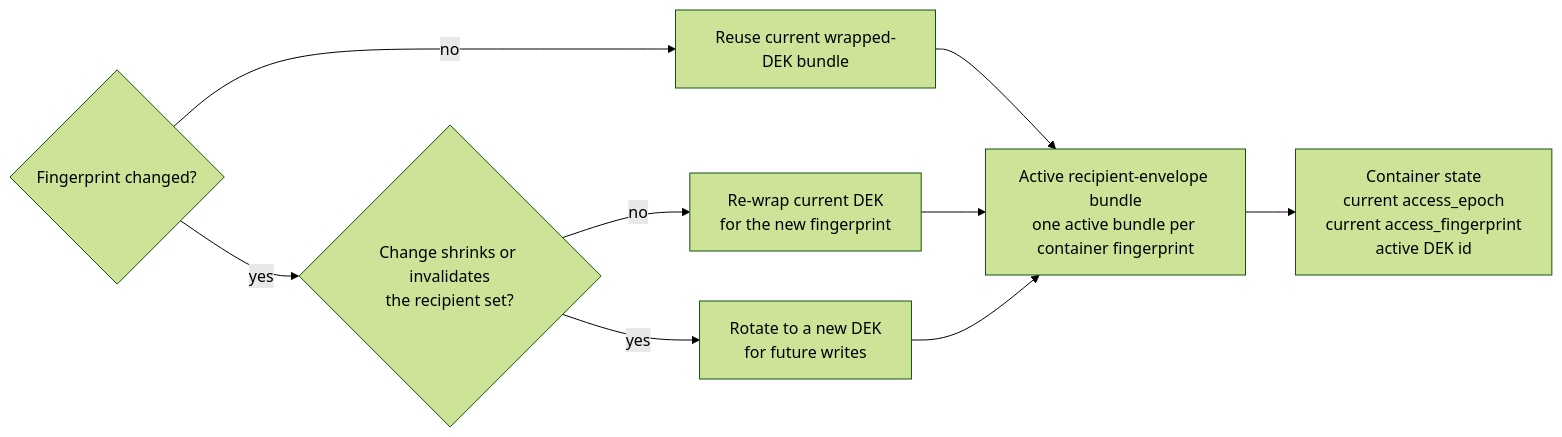
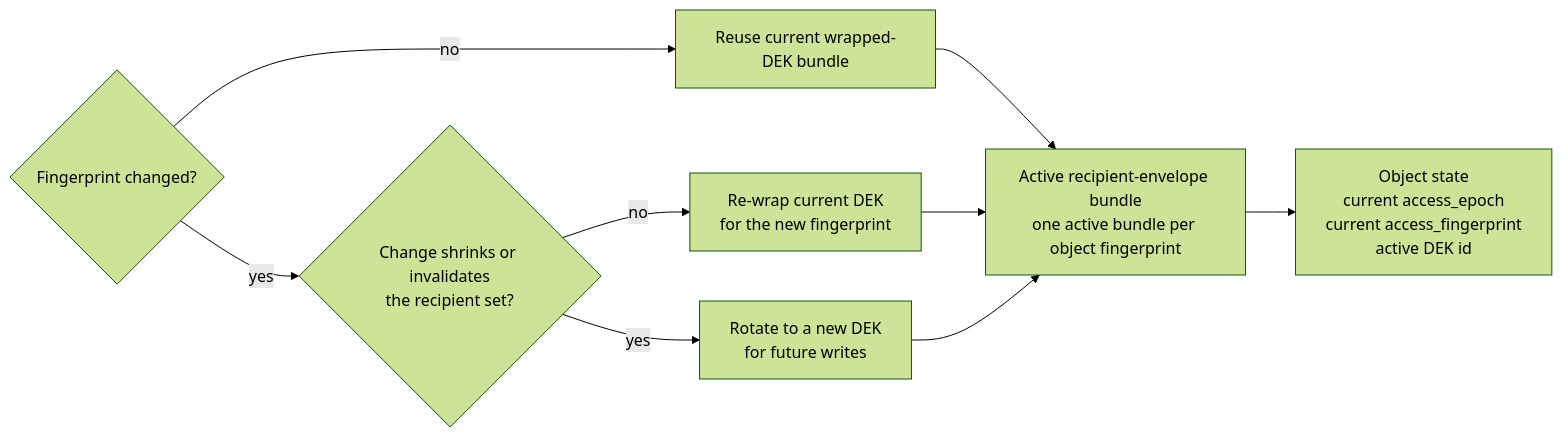
The third of 3 diagrams in docs/access-fingerprint.md (a2f0/tearleads), drawn with Mermaid (forest theme) before and after one commit. The commit also changed other lines of this file and 33 other files, not shown here.

````diff
--- a/docs/access-fingerprint.md
+++ b/docs/access-fingerprint.md
@@ -136,22 +183,22 @@
 ```mermaid
 flowchart LR
   CMP{Fingerprint changed?}
   ROTQ{Change shrinks or invalidates<br/>the recipient set?}
   KEEP[Reuse current wrapped-DEK bundle]
   REWRAP[Re-wrap current DEK<br/>for the new fingerprint]
   ROTATE[Rotate to a new DEK<br/>for future writes]
-  BUNDLE[Active recipient-envelope bundle<br/>one active bundle per container fingerprint]
-  ST[Container state<br/>current access_epoch<br/>current access_fingerprint<br/>active DEK id]
+  BUNDLE[Active recipient-envelope bundle<br/>one active bundle per object fingerprint]
+  ST[Object state<br/>current access_epoch<br/>current access_fingerprint<br/>active DEK id]
 
   CMP -- no --> KEEP
   CMP -- yes --> ROTQ
 
   ROTQ -- no --> REWRAP
   ROTQ -- yes --> ROTATE
 
   KEEP --> BUNDLE
   REWRAP --> BUNDLE
   ROTATE --> BUNDLE
 
   BUNDLE --> ST
 ```
````
